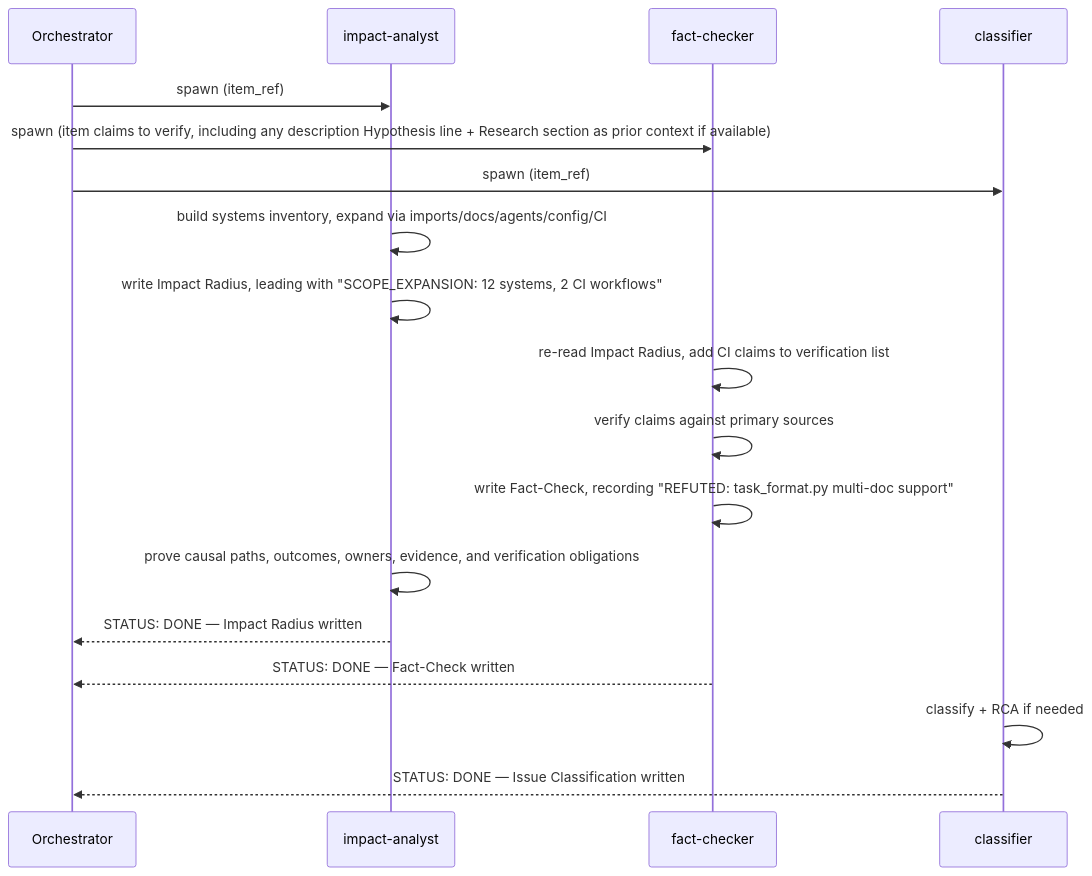
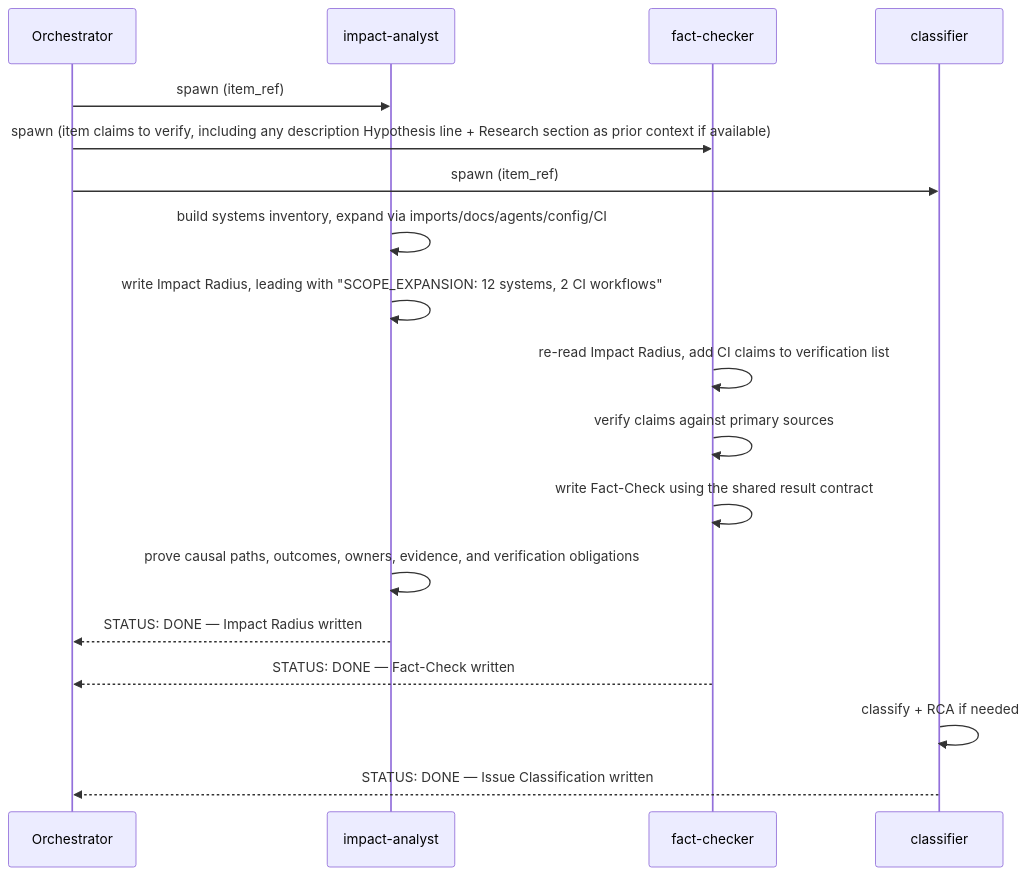
Before and after one commit to Jamie-BitFlight/claude_skills: the first of 3 diagrams in plugins/development-harness/skills/work-backlog-item/references/workflows/groom/swarm.md, drawn with Mermaid. The commit also changed other lines of this file and 6 other files, not shown here.

Commit message:
fix(dh): preserve Fact-Check contracts through grooming (#3906)

````diff
--- a/plugins/development-harness/skills/work-backlog-item/references/workflows/groom/swarm.md
+++ b/plugins/development-harness/skills/work-backlog-item/references/workflows/groom/swarm.md
@@ -69,25 +69,25 @@
 ```mermaid
 sequenceDiagram
     participant O as Orchestrator
     participant IA as impact-analyst
     participant FC as fact-checker
     participant CL as classifier
 
     O->>IA: spawn (item_ref)
     O->>FC: spawn (item claims to verify, including any description Hypothesis line + Research section as prior context if available)
     O->>CL: spawn (item_ref)
 
     IA->>IA: build systems inventory, expand via imports/docs/agents/config/CI
     IA->>IA: write Impact Radius, leading with "SCOPE_EXPANSION: 12 systems, 2 CI workflows"
     FC->>FC: re-read Impact Radius, add CI claims to verification list
 
     FC->>FC: verify claims against primary sources
-    FC->>FC: write Fact-Check, recording "REFUTED: task_format.py multi-doc support"
+    FC->>FC: write Fact-Check using the shared result contract
 
     IA->>IA: prove causal paths, outcomes, owners, evidence, and verification obligations
     IA-->>O: STATUS: DONE — Impact Radius written
     FC-->>O: STATUS: DONE — Fact-Check written
 
     CL->>CL: classify + RCA if needed
     CL-->>O: STATUS: DONE — Issue Classification written
 ```
````
